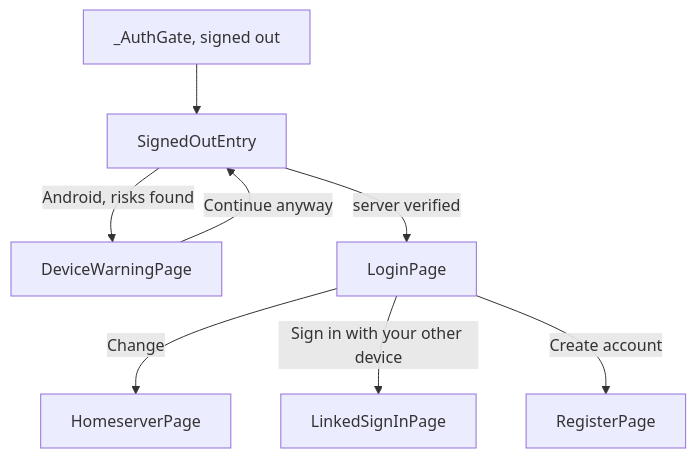
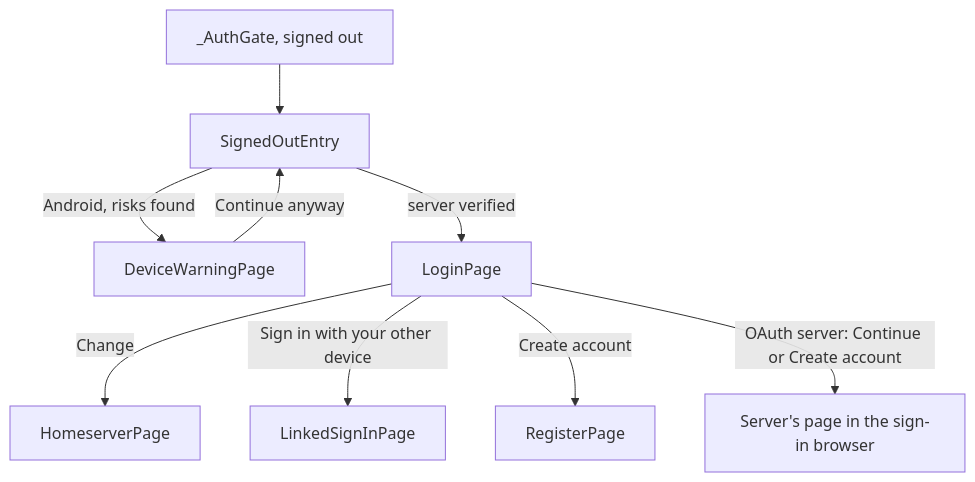
Before and after one commit to Zuno-Chat/zuno-chat: the first of 3 diagrams in docs/features/authentication.md, drawn with Mermaid. The commit also changed other lines of this file and 110 other files, not shown here.

````diff
--- a/docs/features/authentication.md
+++ b/docs/features/authentication.md
@@ -18,10 +20,11 @@
 ```mermaid
 flowchart TD
   Gate["_AuthGate, signed out"] --> Entry[SignedOutEntry]
   Entry -->|Android, risks found| Warn[DeviceWarningPage]
   Warn -->|Continue anyway| Entry
   Entry -->|server verified| Login[LoginPage]
   Login -->|Change| Server[HomeserverPage]
   Login -->|Sign in with your other device| Linked[LinkedSignInPage]
   Login -->|Create account| Register[RegisterPage]
+  Login -->|OAuth server: Continue or Create account| Browser[Server's page in the sign-in browser]
 ```
````
